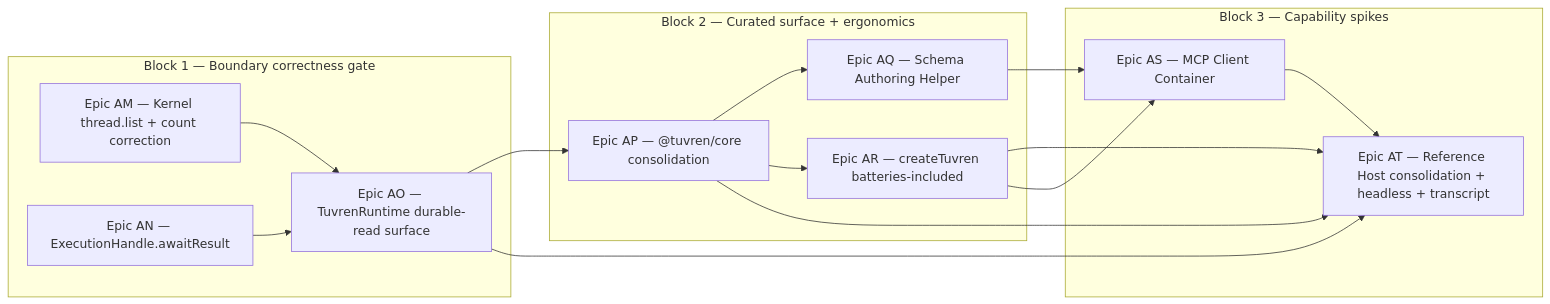
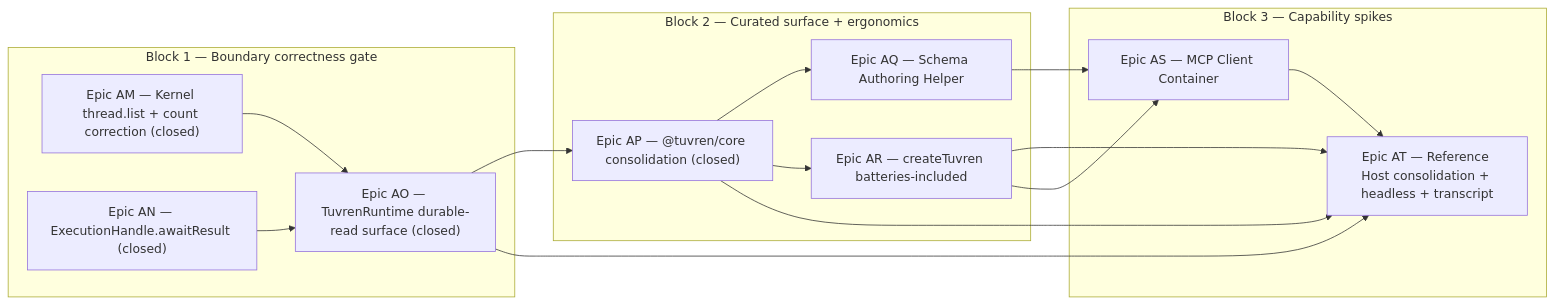
Before and after one commit to Tuvren/framework: the diagram in constitution/Tasks.md, drawn with Mermaid. The commit also changed other lines of this file and 1 other file, not shown here.

Commit message:
chore(constitution): reflect post-epic-ap current state

````diff
--- a/constitution/Tasks.md
+++ b/constitution/Tasks.md
@@ -72,31 +73,31 @@
 ```mermaid
 flowchart LR
   subgraph block1["Block 1 — Boundary correctness gate"]
-    AM["Epic AM — Kernel thread.list + count correction"]
-    AN["Epic AN — ExecutionHandle.awaitResult"]
-    AO["Epic AO — TuvrenRuntime durable-read surface"]
+    AM["Epic AM — Kernel thread.list + count correction (closed)"]
+    AN["Epic AN — ExecutionHandle.awaitResult (closed)"]
+    AO["Epic AO — TuvrenRuntime durable-read surface (closed)"]
     AM --> AO
     AN --> AO
   end
 
   subgraph block2["Block 2 — Curated surface + ergonomics"]
-    AP["Epic AP — @tuvren/core consolidation"]
+    AP["Epic AP — @tuvren/core consolidation (closed)"]
     AQ["Epic AQ — Schema Authoring Helper"]
     AR["Epic AR — createTuvren batteries-included"]
     AP --> AQ
     AP --> AR
   end
 
   subgraph block3["Block 3 — Capability spikes"]
     AS["Epic AS — MCP Client Container"]
     AT["Epic AT — Reference Host consolidation + headless + transcript"]
     AS --> AT
   end
 
   AO --> AP
   AO --> AT
   AP --> AT
   AR --> AT
   AQ --> AS
   AR --> AS
 ```
````
